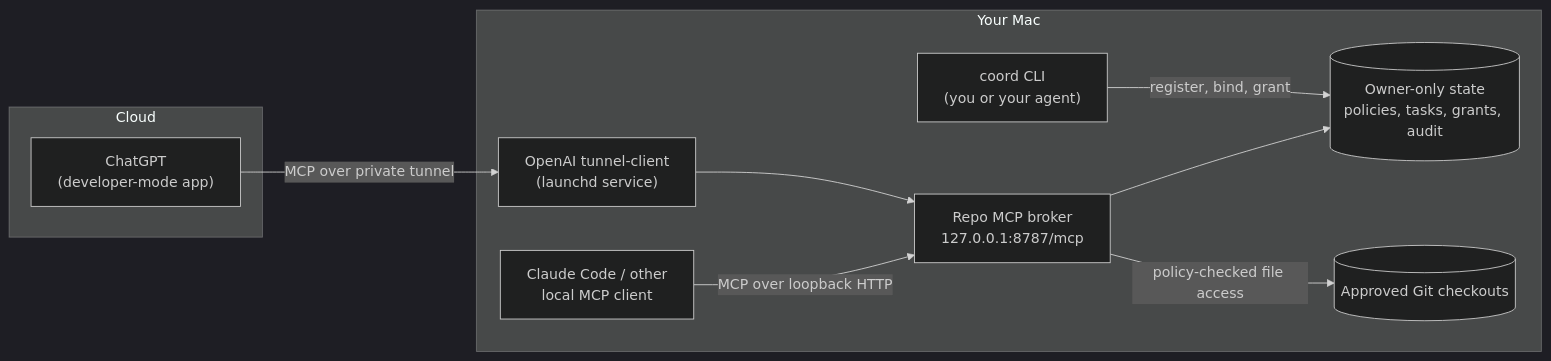
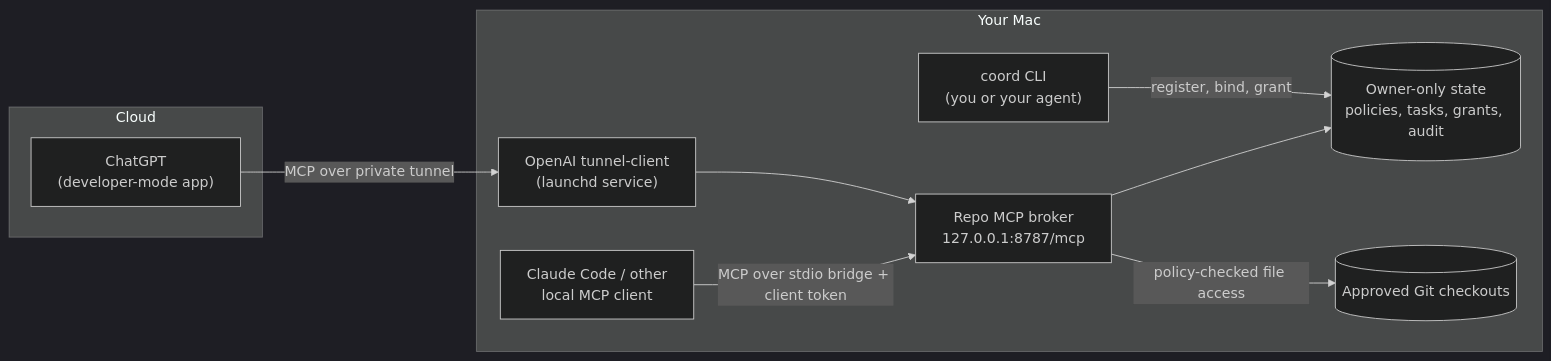
Before and after one commit to jazzyalex/repo-mcp: the diagram in README.md, drawn with Mermaid (dark theme). The commit also changed other lines of this file and 24 other files, not shown here.

First line of the commit message:
feat: client token on the loopback broker, stdio bridge for Claude, and two go fixes

````diff
--- a/README.md
+++ b/README.md
@@ -38,19 +38,19 @@
 ```mermaid
 flowchart LR
     subgraph cloud[Cloud]
         chatgpt["ChatGPT<br/>(developer-mode app)"]
     end
     subgraph mac[Your Mac]
         tunnel["OpenAI tunnel-client<br/>(launchd service)"]
         broker["Repo MCP broker<br/>127.0.0.1:8787/mcp"]
         claude["Claude Code / other<br/>local MCP client"]
         coord["coord CLI<br/>(you or your agent)"]
         state[("Owner-only state<br/>policies, tasks, grants, audit")]
         repos[("Approved Git checkouts")]
     end
     chatgpt -- "MCP over private tunnel" --> tunnel --> broker
-    claude -- "MCP over loopback HTTP" --> broker
+    claude -- "MCP over stdio bridge + client token" --> broker
     coord -- "register, bind, grant" --> state
     broker --> state
     broker -- "policy-checked file access" --> repos
 ```
````
